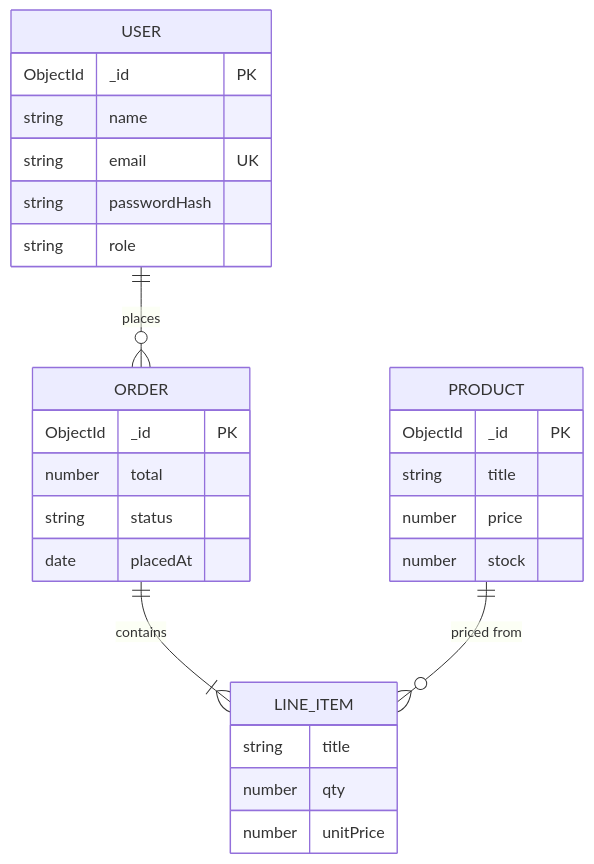
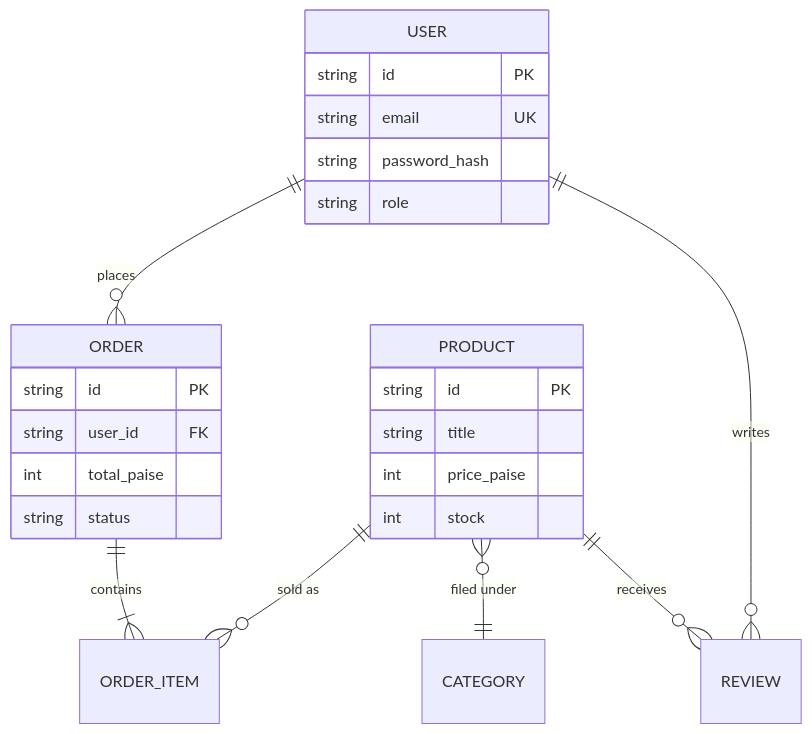
Before and after one commit to Manashjyoti-Bora/Manashjyoti-Bora: the third of 4 diagrams in README.md, drawn with Mermaid. The commit also changed other lines of this file and 137 other files, not shown here.

````diff
--- a/README.md
+++ b/README.md
@@ -220,30 +204,28 @@
 ```mermaid
 erDiagram
     USER ||--o{ ORDER : places
-    ORDER ||--|{ LINE_ITEM : contains
-    PRODUCT ||--o{ LINE_ITEM : "priced from"
+    ORDER ||--|{ ORDER_ITEM : contains
+    PRODUCT ||--o{ ORDER_ITEM : "sold as"
+    PRODUCT }o--|| CATEGORY : "filed under"
+    USER ||--o{ REVIEW : writes
+    PRODUCT ||--o{ REVIEW : receives
+
     USER {
-        ObjectId _id PK
-        string name
+        string id PK
         string email UK
-        string passwordHash
+        string password_hash
         string role
     }
     PRODUCT {
-        ObjectId _id PK
+        string id PK
         string title
-        number price
-        number stock
+        int price_paise
+        int stock
     }
     ORDER {
-        ObjectId _id PK
-        number total
+        string id PK
+        string user_id FK
+        int total_paise
         string status
-        date placedAt
-    }
-    LINE_ITEM {
-        string title
-        number qty
-        number unitPrice
     }
 ```
````
